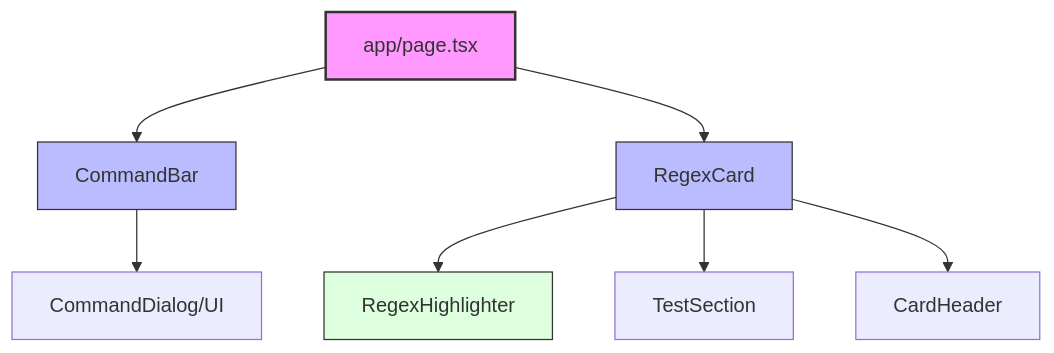
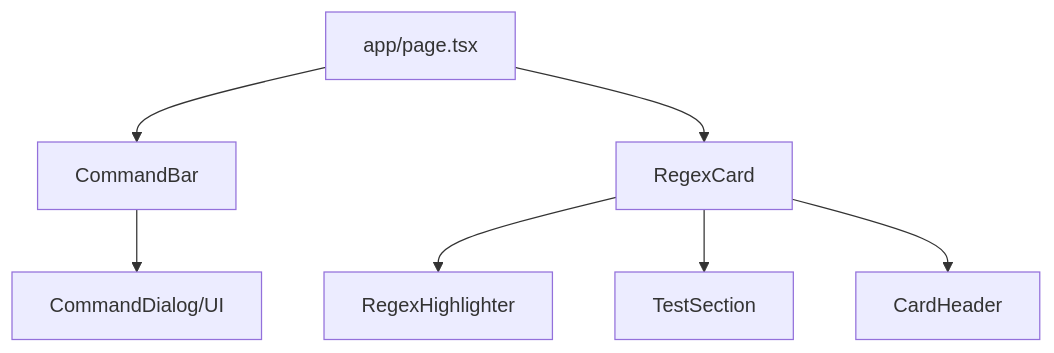
One commit to nicholasadamou/coolregex changed the first of 3 diagrams in README.md. Above: the diagram before and after it, drawn with Mermaid. The commit also changed other lines of this file, not shown here.

First line of the commit message:
Simplify README diagrams by removing style definitions.

````diff
--- a/README.md
+++ b/README.md
@@ -86,14 +86,9 @@
 ```mermaid
 graph TD
     A[app/page.tsx] --> B[CommandBar]
     A --> C[RegexCard]
     C --> D[RegexHighlighter]
     C --> E[TestSection]
     C --> F[CardHeader]
     B --> G[CommandDialog/UI]
-
-    style A fill:#f9f,stroke:#333,stroke-width:2px
-    style B fill:#bbf,stroke:#333,stroke-width:1px
-    style C fill:#bbf,stroke:#333,stroke-width:1px
-    style D fill:#dfd,stroke:#333,stroke-width:1px
 ```
````
